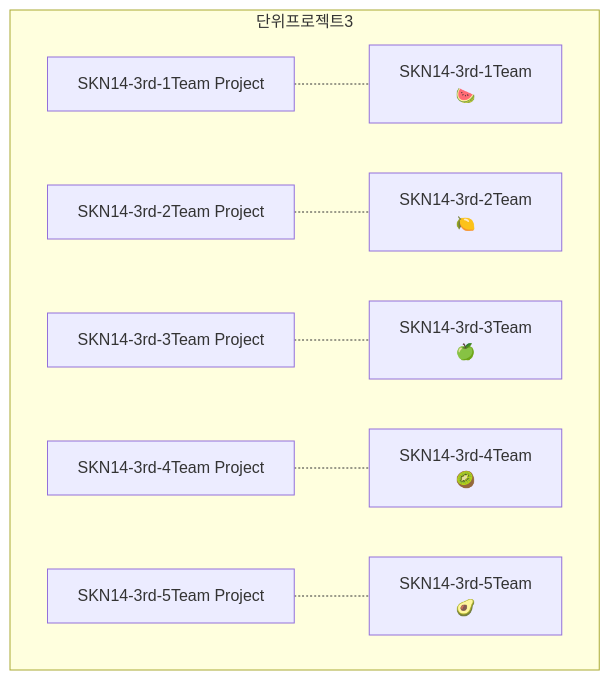
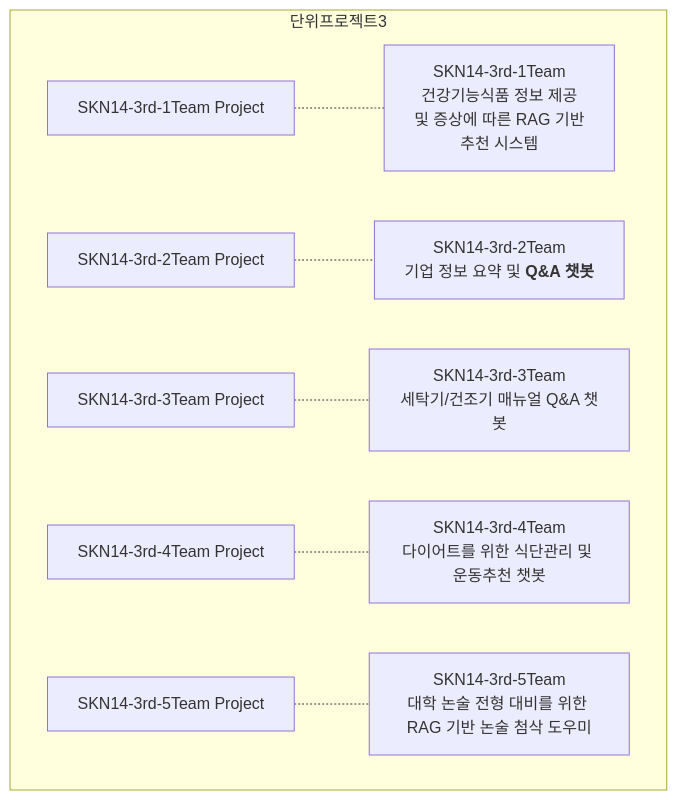
Before and after one commit to skn-ai14-250409/.github: the second of 7 diagrams in profile/README.md, drawn with Mermaid.

````diff
--- a/profile/README.md
+++ b/profile/README.md
@@ -39,39 +39,39 @@
 ```mermaid
 graph TD
     
     subgraph 단위프로젝트3
         A1[SKN14-3rd-1Team Project]
         A2[SKN14-3rd-2Team Project]
         A3[SKN14-3rd-3Team Project]
         A4[SKN14-3rd-4Team Project]
         A5[SKN14-3rd-5Team Project]
 
         %% B1["SKN14-2nd-1Team<br><sub>세부내용</sub>"]
-        B1[SKN14-3rd-1Team<br>🍉]
-        B2[SKN14-3rd-2Team<br>🍋]
-        B3[SKN14-3rd-3Team<br>🍏]
-        B4[SKN14-3rd-4Team<br>🥝]
-        B5[SKN14-3rd-5Team<br>🥑]
+        B1[SKN14-3rd-1Team<br>건강기능식품 정보 제공 <br>및 증상에 따른 RAG 기반 <br>추천 시스템]
+        B2[SKN14-3rd-2Team<br>기업 정보 요약 및 <b>Q&A 챗봇]
+        B3[SKN14-3rd-3Team<br>세탁기/건조기 매뉴얼 Q&A 챗봇]
+        B4[SKN14-3rd-4Team<br>다이어트를 위한 식단관리 및 운동추천 챗봇]
+        B5[SKN14-3rd-5Team<br>대학 논술 전형 대비를 위한 RAG 기반 논술 첨삭 도우미]
 
         A1 -.- B1
         A2 -.- B2
         A3 -.- B3
         A4 -.- B4
         A5 -.- B5
 
             
 
     end
     click A1 "https://github.com/orgs/skn-ai14-250409/projects/52" "SKN14-3rd-1Team"
     click A2 "https://github.com/orgs/skn-ai14-250409/projects/51" "SKN14-3rd-2Team"
     click A3 "https://github.com/orgs/skn-ai14-250409/projects/50" "SKN14-3rd-3Team"
     click A4 "https://github.com/orgs/skn-ai14-250409/projects/49" "SKN14-3rd-4Team"
     click A5 "https://github.com/orgs/skn-ai14-250409/projects/48" "SKN14-3rd-5Team"
 
     click B1 "https://github.com/skn-ai14-250409/SKN14-3rd-1Team" "SKN14-3rd-1Team"
     click B2 "https://github.com/skn-ai14-250409/SKN14-3rd-2Team" "SKN14-3rd-2Team"
     click B3 "https://github.com/skn-ai14-250409/SKN14-3rd-3Team" "SKN14-3rd-3Team"
     click B4 "https://github.com/skn-ai14-250409/SKN14-3rd-4Team" "SKN14-3rd-4Team"
     click B5 "https://github.com/skn-ai14-250409/SKN14-3rd-5Team" "SKN14-3rd-5Team"
 
 ```
````
